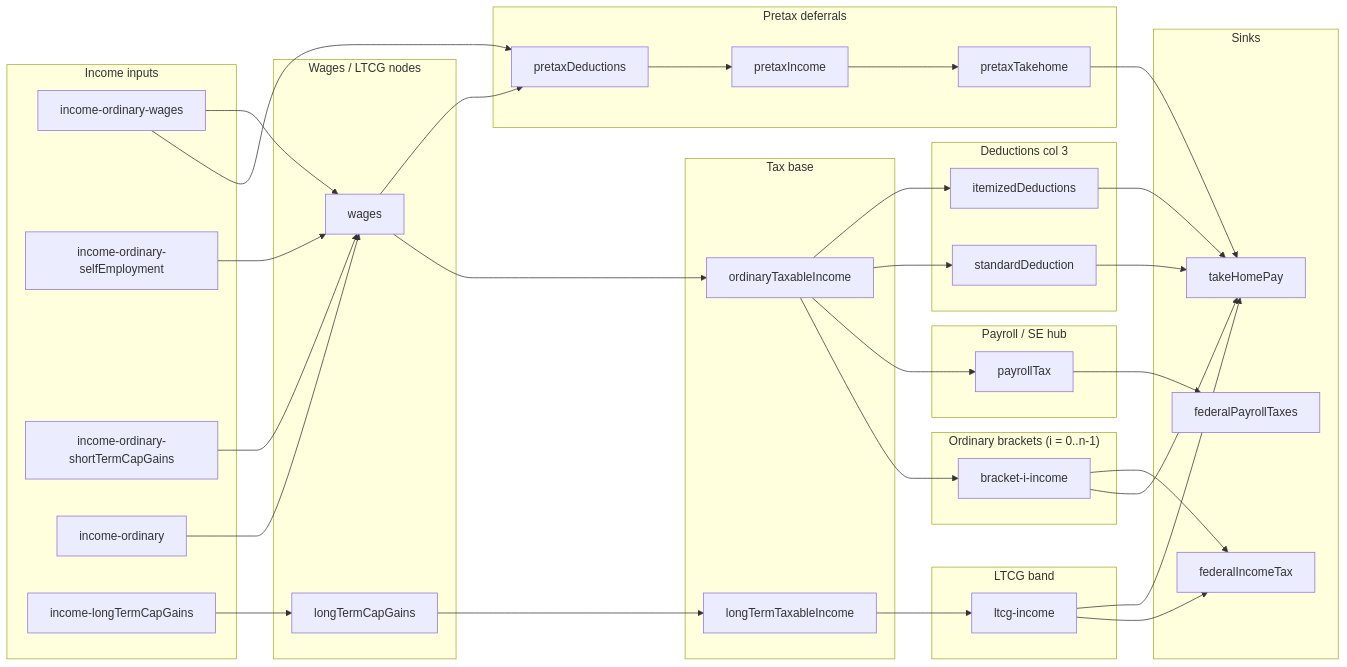
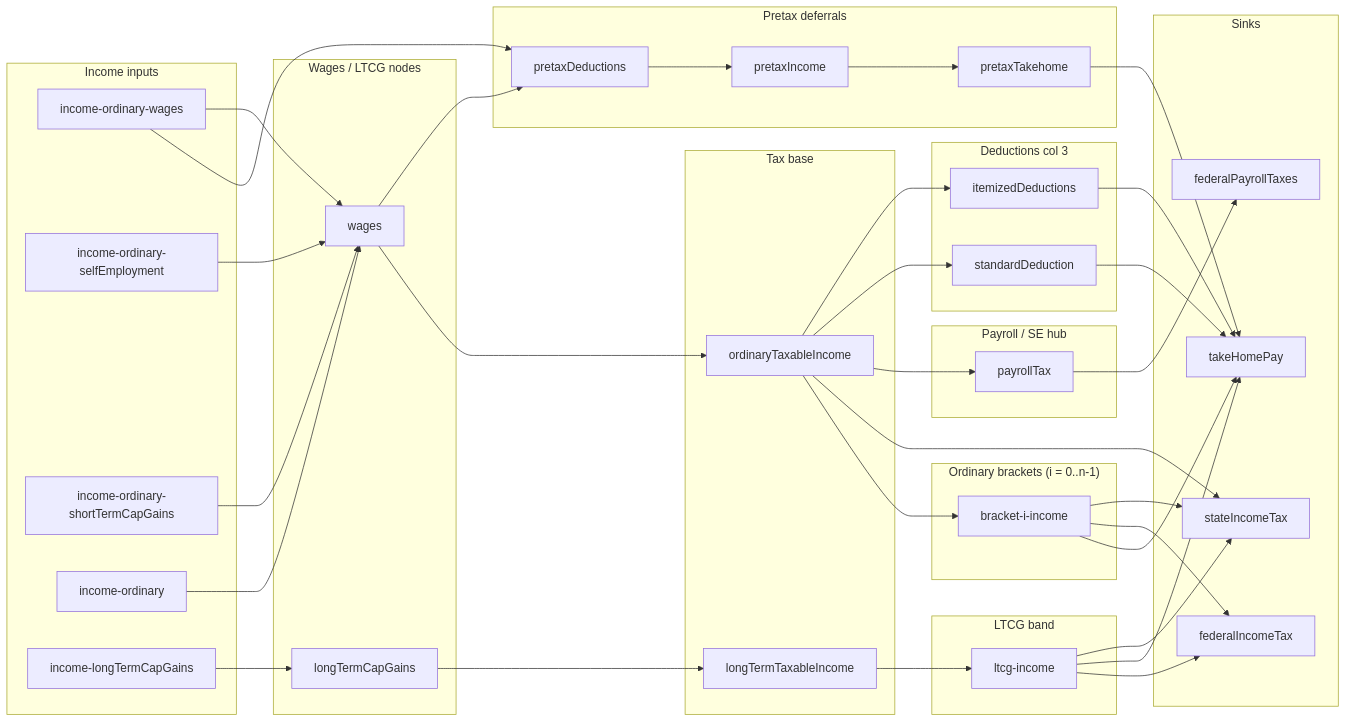
One commit to MaxwellCohen/tax-visualizer changed the diagram in docs/sankey-links.md. Above: the diagram before and after it, drawn with Mermaid. The commit also changed other lines of this file and 28 other files, not shown here.

First line of the commit message:
Add state income tax calculation and residence state setting

```diff
--- a/docs/sankey-links.md
+++ b/docs/sankey-links.md
@@ -51,6 +51,7 @@
     thp["takeHomePay"]
     fit["federalIncomeTax"]
     fpt["federalPayrollTaxes"]
+    sit["stateIncomeTax"]
   end
 
   iw --> pd
@@ -74,6 +75,9 @@
   otiN --> bi
   bi --> thp
   bi --> fit
+  bi --> sit
+  ltiNode --> sit
+  otiN --> sit
 
   otiN --> pt
   pt --> fpt
```
